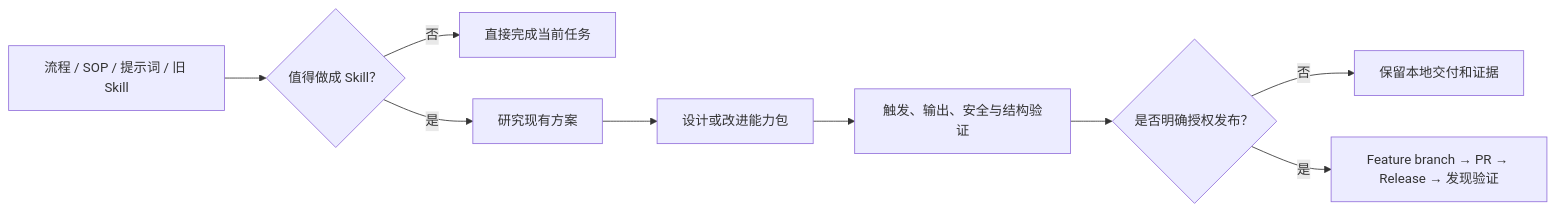
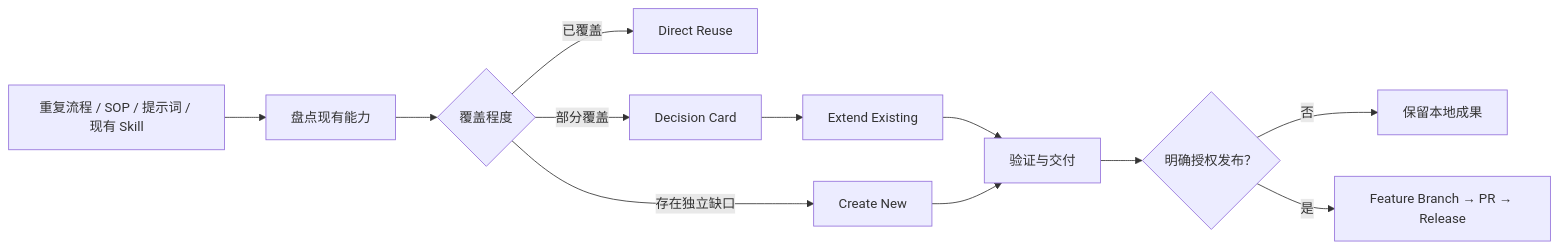
Before and after one commit to KanG-ciyuan/kang-meta-skill: the diagram in README.md, drawn with Mermaid. The commit also changed other lines of this file and 29 other files, not shown here.

Commit message:
feat: release Kang Meta Skill v2

````diff
--- a/README.md
+++ b/README.md
@@ -35,11 +39,14 @@
 ```mermaid
 flowchart LR
-    A["流程 / SOP / 提示词 / 旧 Skill"] --> B{"值得做成 Skill？"}
-    B -->|"否"| C["直接完成当前任务"]
-    B -->|"是"| D["研究现有方案"]
-    D --> E["设计或改进能力包"]
-    E --> F["触发、输出、安全与结构验证"]
-    F --> G{"是否明确授权发布？"}
-    G -->|"否"| H["保留本地交付和证据"]
-    G -->|"是"| I["Feature branch → PR → Release → 发现验证"]
+    A["重复流程 / SOP / 提示词 / 现有 Skill"] --> B["盘点现有能力"]
+    B --> C{"覆盖程度"}
+    C -->|"已覆盖"| D["Direct Reuse"]
+    C -->|"部分覆盖"| E["Decision Card"]
+    E --> F["Extend Existing"]
+    C -->|"存在独立缺口"| G["Create New"]
+    F --> H["验证与交付"]
+    G --> H
+    H --> I{"明确授权发布？"}
+    I -->|"否"| J["保留本地成果"]
+    I -->|"是"| K["Feature Branch → PR → Release"]
 ```
````
